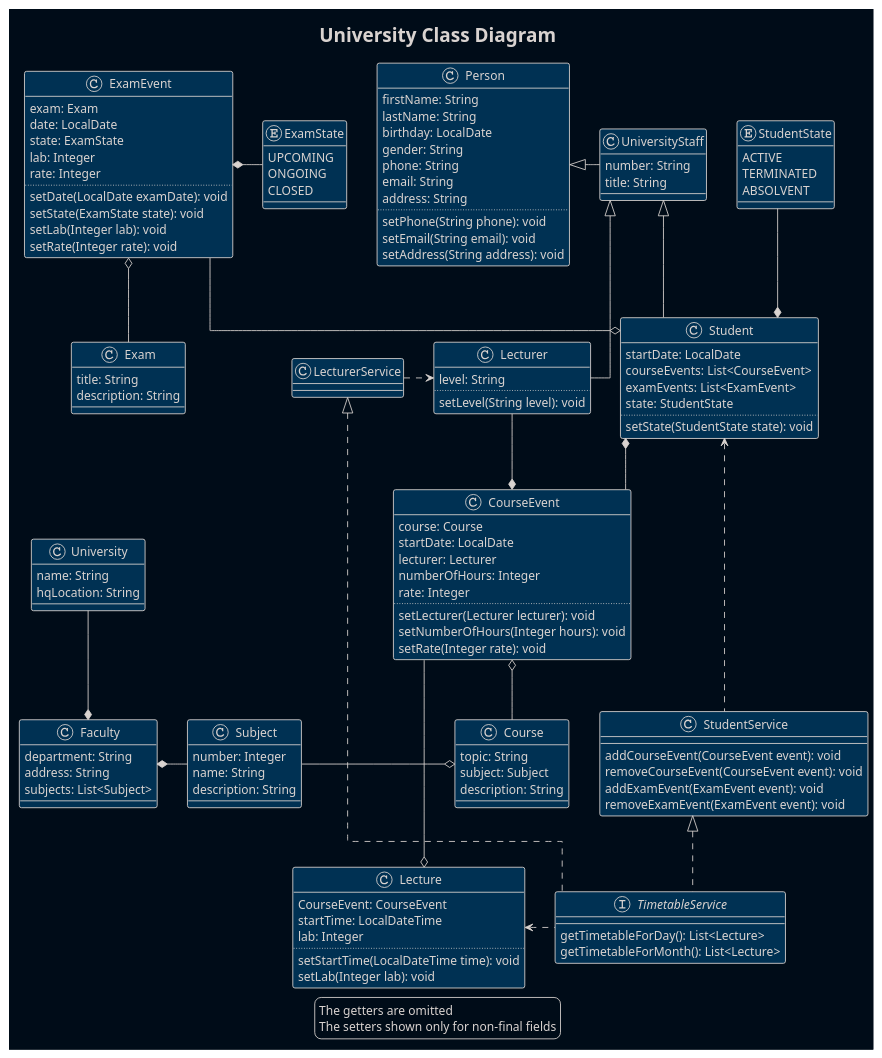
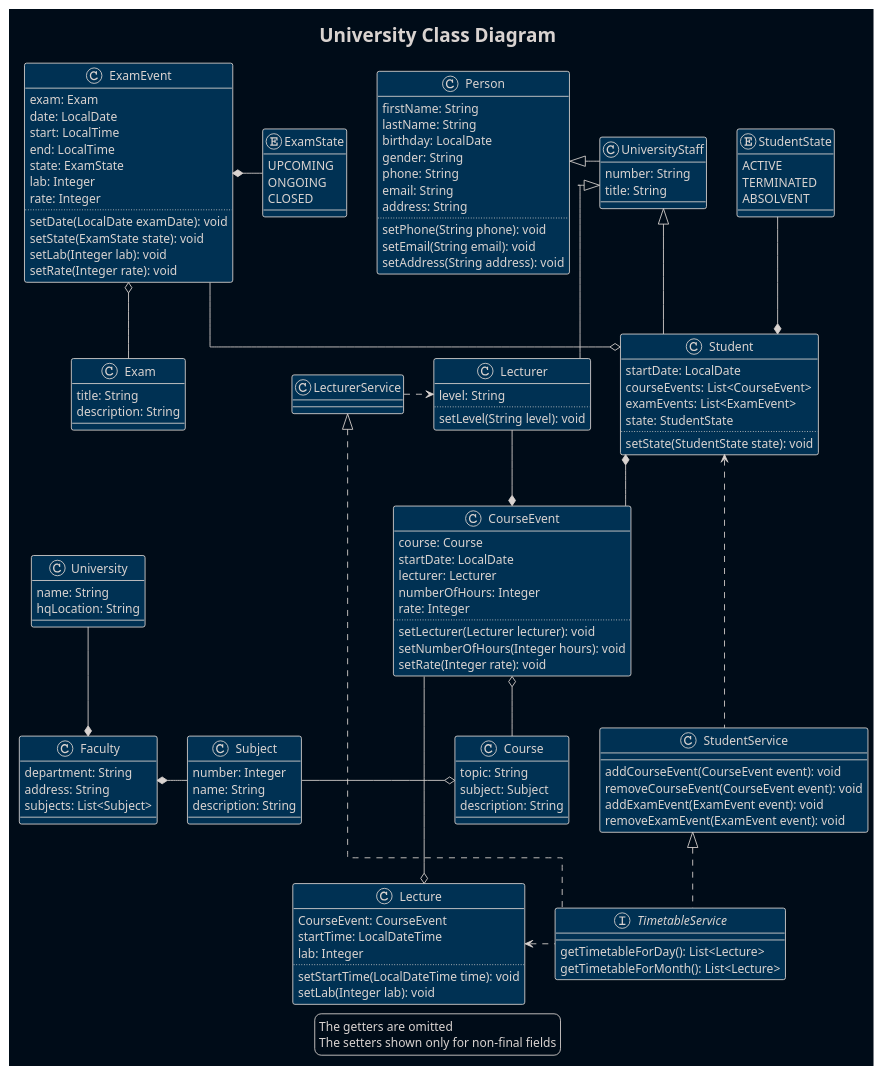
Before and after one commit to RomaEcho/University: the diagram in src/main/resources/diagrams/University.puml, drawn with PlantUML. The commit also changed 1 other file, not shown here.

Commit message:
exam_state: start and end time added

```diff
--- a/src/main/resources/diagrams/University.puml
+++ b/src/main/resources/diagrams/University.puml
@@ -1,140 +1,142 @@
 @startuml
 '!theme plain
 !theme blueprint
 skinparam BackgroundColor #000c18
 'skinparam ClassBackgroundColor #000c18
 skinparam linetype ortho
 
 title University Class Diagram
 class Person{
     firstName: String
     lastName: String
     birthday: LocalDate
     gender: String
     phone: String
     email: String
     address: String
     ..
     setPhone(String phone): void
     setEmail(String email): void
     setAddress(String address): void
 }
 class Student{
     startDate: LocalDate
     courseEvents: List<CourseEvent>
     examEvents: List<ExamEvent>
     state: StudentState
     ..
     setState(StudentState state): void
 }
 enum StudentState{
     ACTIVE
     TERMINATED
     ABSOLVENT
 }
 class UniversityStaff{
     number: String
     title: String
 }
 class Subject{
     number: Integer
     name: String
     description: String
 }
 class Course{
     topic: String
     subject: Subject
     description: String
 }
 class CourseEvent{
     course: Course
     startDate: LocalDate
     lecturer: Lecturer
     numberOfHours: Integer
     rate: Integer
     ..
     setLecturer(Lecturer lecturer): void
     setNumberOfHours(Integer hours): void
     setRate(Integer rate): void
 }
 class Lecturer{
     level: String
     ..
     setLevel(String level): void
 }
 class Exam{
     title: String
     description: String
 }
 class ExamEvent{
     exam: Exam
     date: LocalDate
+    start: LocalTime
+    end: LocalTime
     state: ExamState
     lab: Integer
     rate: Integer
     ..
     setDate(LocalDate examDate): void
     setState(ExamState state): void
     setLab(Integer lab): void
     setRate(Integer rate): void
 }
 enum ExamState{
     UPCOMING
     ONGOING
     CLOSED
 }
 class Faculty{
     department: String
     address: String
     subjects: List<Subject>
 }
 class University {
     name: String
     hqLocation: String
 }
 class Lecture{
     CourseEvent: CourseEvent
     startTime: LocalDateTime
     lab: Integer
     ..
     setStartTime(LocalDateTime time): void
     setLab(Integer lab): void
 }
 interface TimetableService{
     getTimetableForDay(): List<Lecture>
     getTimetableForMonth(): List<Lecture>
 }
 class StudentService {
     addCourseEvent(CourseEvent event): void
     removeCourseEvent(CourseEvent event): void
     addExamEvent(ExamEvent event): void
     removeExamEvent(ExamEvent event): void
 }
 class LecturerService
 
 Person <|-right- UniversityStaff
 UniversityStaff <|-- Student
 UniversityStaff <|-- Lecturer
 Student *-up- StudentState
 Student *-- CourseEvent
 CourseEvent *-up- Lecturer
 Student o-up- ExamEvent
 ExamEvent o-- Exam
 ExamEvent *-right- ExamState
 CourseEvent o-- Course
 Course o-left- Subject
 Faculty *- Subject
 University --* Faculty
 Student <... StudentService
 StudentService <|.. TimetableService
 LecturerService <|.. TimetableService
 LecturerService .> Lecturer
 TimetableService .left.> Lecture
 CourseEvent --o Lecture
 
 legend
     The getters are omitted
     The setters shown only for non-final fields
 endlegend
 
 @enduml
```
